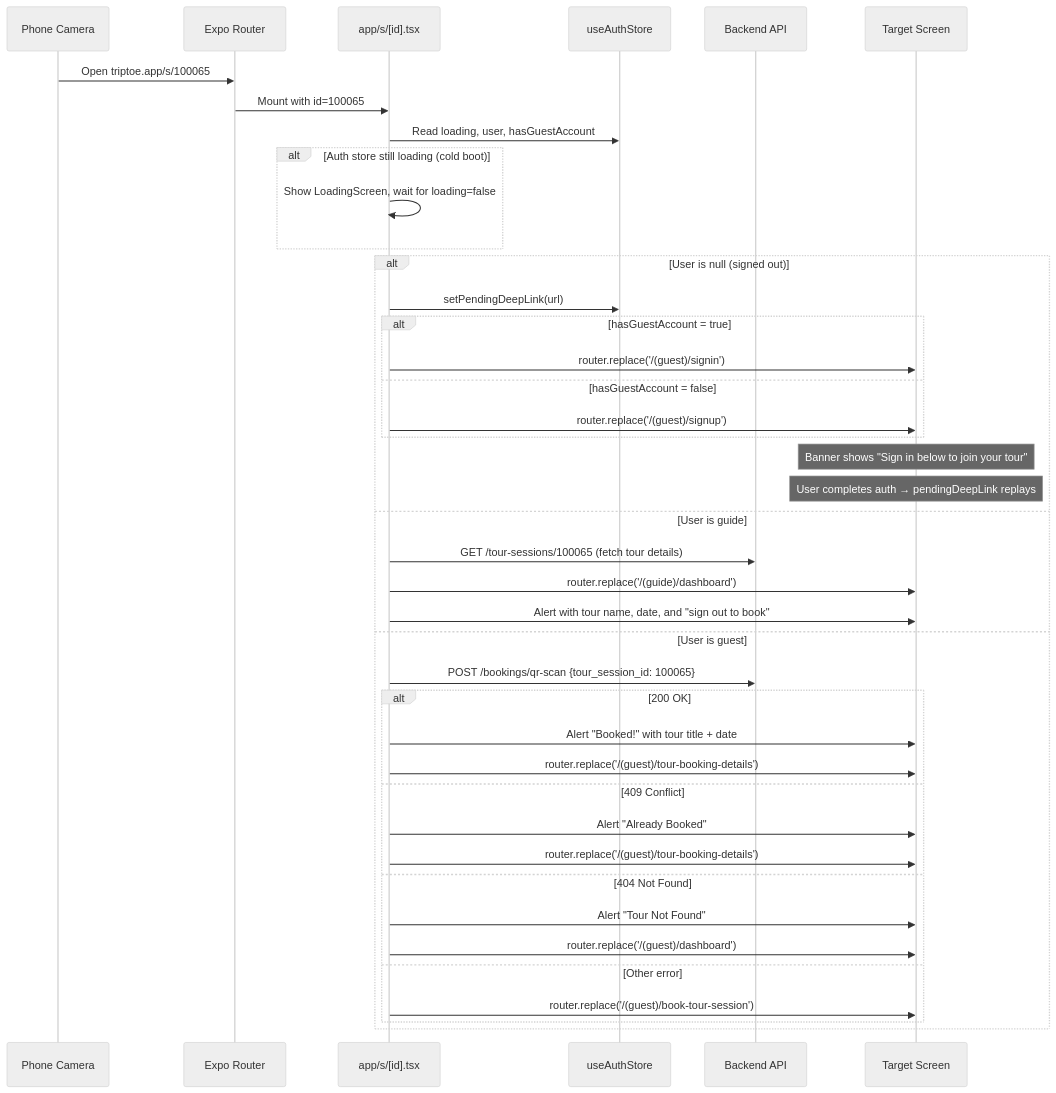
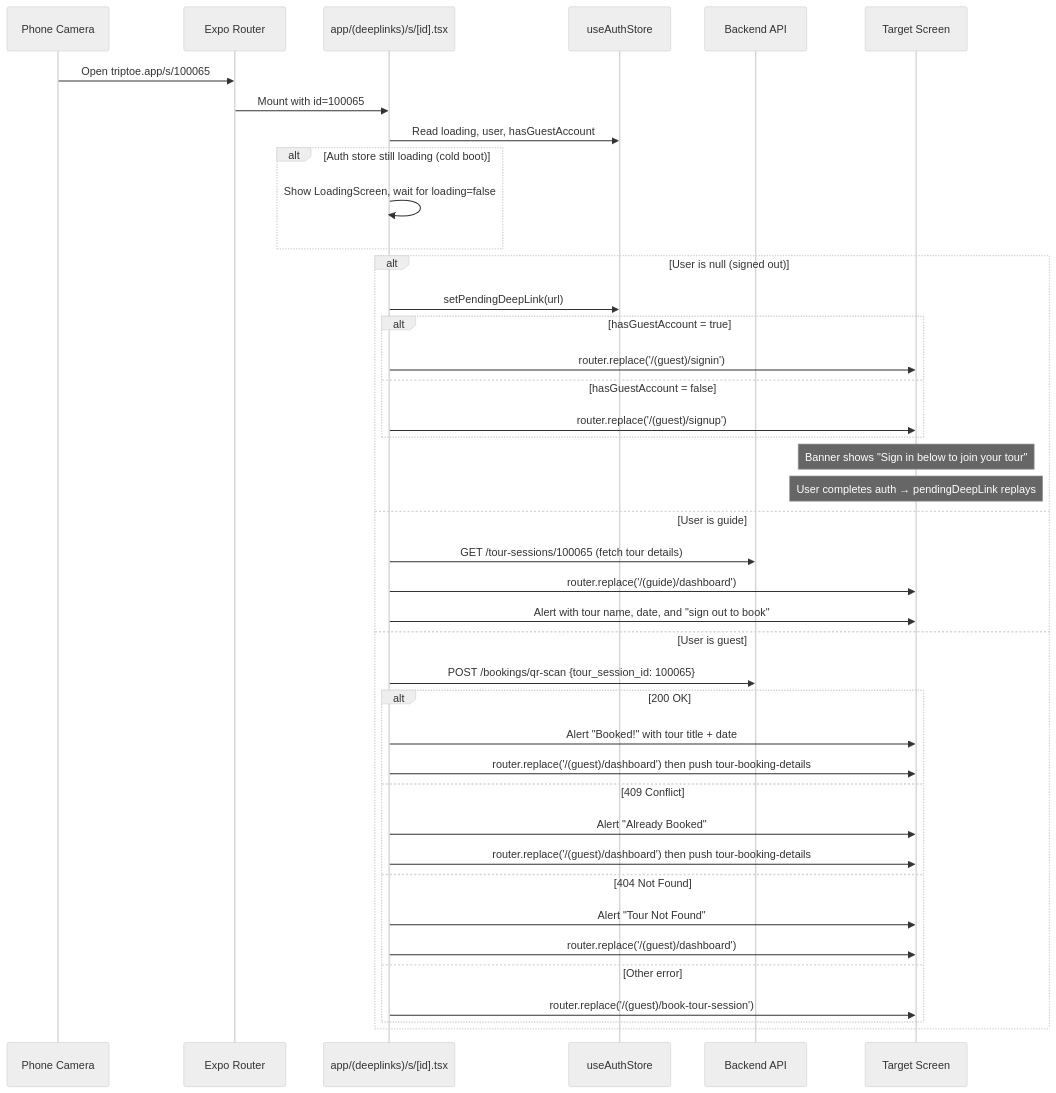
Before and after one commit to wariya-placehub/triptoe-docs: the second of 3 diagrams in 9b_feature_tour_joining_flow.md, drawn with Mermaid (neutral theme). The commit also changed other lines of this file and 22 other files, not shown here.

````diff
--- a/9b_feature_tour_joining_flow.md
+++ b/9b_feature_tour_joining_flow.md
@@ -78,47 +80,47 @@
 ```mermaid
 sequenceDiagram
     participant Camera as Phone Camera
     participant Router as Expo Router
-    participant Route as app/s/[id].tsx
+    participant Route as app/(deeplinks)/s/[id].tsx
     participant Store as useAuthStore
     participant API as Backend API
     participant Screen as Target Screen
 
     Camera->>Router: Open triptoe.app/s/100065
     Router->>Route: Mount with id=100065
 
     Route->>Store: Read loading, user, hasGuestAccount
 
     alt Auth store still loading (cold boot)
         Route->>Route: Show LoadingScreen, wait for loading=false
     end
 
     alt User is null (signed out)
         Route->>Store: setPendingDeepLink(url)
         alt hasGuestAccount = true
             Route->>Screen: router.replace('/(guest)/signin')
         else hasGuestAccount = false
             Route->>Screen: router.replace('/(guest)/signup')
         end
         Note over Screen: Banner shows "Sign in below to join your tour"
         Note over Screen: User completes auth → pendingDeepLink replays
     else User is guide
         Route->>API: GET /tour-sessions/100065 (fetch tour details)
         Route->>Screen: router.replace('/(guide)/dashboard')
         Route->>Screen: Alert with tour name, date, and "sign out to book"
     else User is guest
         Route->>API: POST /bookings/qr-scan {tour_session_id: 100065}
         alt 200 OK
             Route->>Screen: Alert "Booked!" with tour title + date
-            Route->>Screen: router.replace('/(guest)/tour-booking-details')
+            Route->>Screen: router.replace('/(guest)/dashboard') then push tour-booking-details
         else 409 Conflict
             Route->>Screen: Alert "Already Booked"
-            Route->>Screen: router.replace('/(guest)/tour-booking-details')
+            Route->>Screen: router.replace('/(guest)/dashboard') then push tour-booking-details
         else 404 Not Found
             Route->>Screen: Alert "Tour Not Found"
             Route->>Screen: router.replace('/(guest)/dashboard')
         else Other error
             Route->>Screen: router.replace('/(guest)/book-tour-session')
         end
     end
 ```
````
